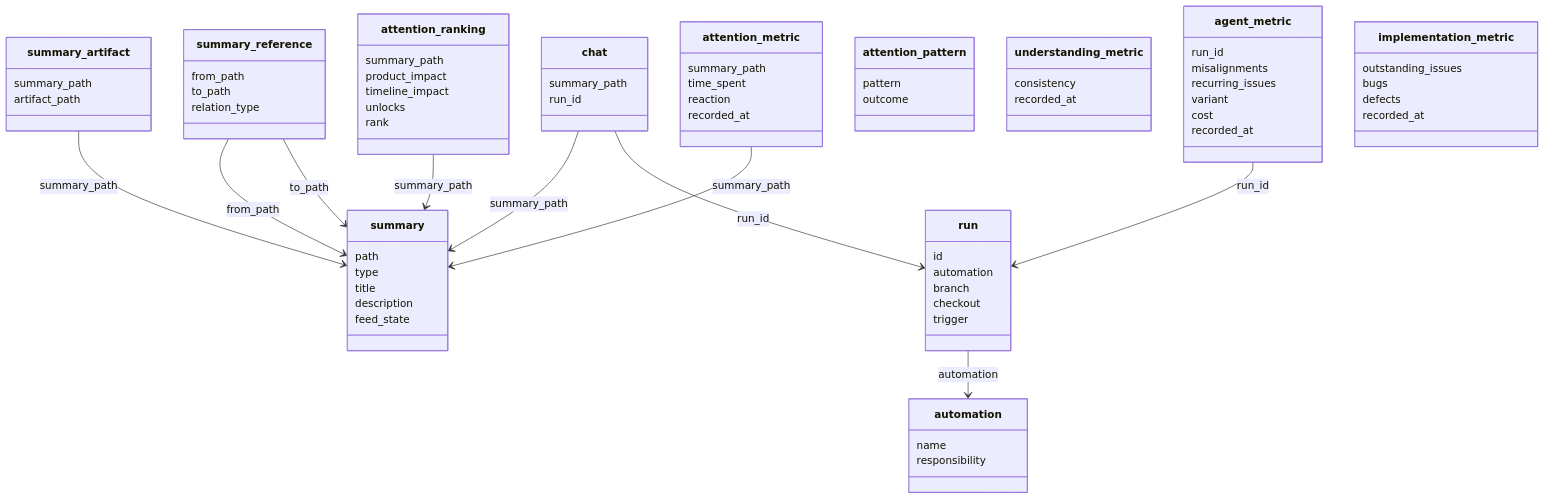
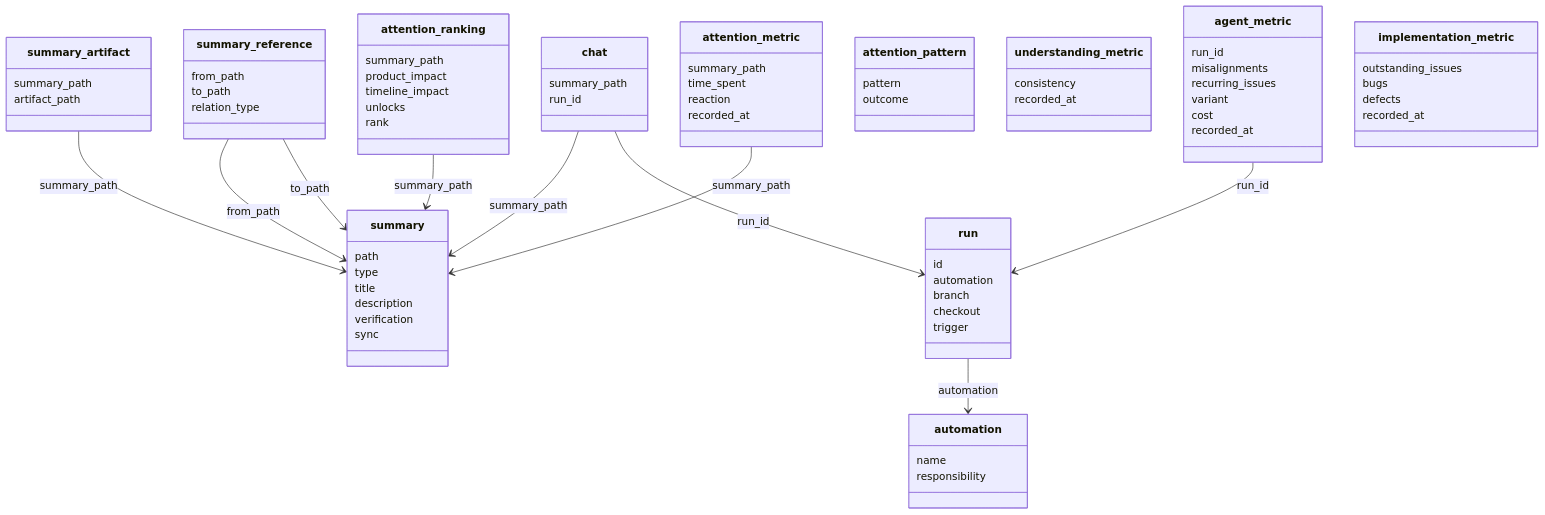
One commit to Aleksander1111/momentum changed the diagram in diagrams/11-database.md. Above: the diagram before and after it, drawn with Mermaid. The commit also changed 3 other files, not shown here.

First line of the commit message:
Split entity state into verification and sync; free-form cards; definitions and triggers as entities

````diff
--- a/diagrams/11-database.md
+++ b/diagrams/11-database.md
@@ -5,78 +5,79 @@
 ```mermaid
 classDiagram
   class summary {
     path
     type
     title
     description
-    feed_state
+    verification
+    sync
   }
   class summary_artifact {
     summary_path
     artifact_path
   }
   class summary_reference {
     from_path
     to_path
     relation_type
   }
   class chat {
     summary_path
     run_id
   }
   class automation {
     name
     responsibility
   }
   class run {
     id
     automation
     branch
     checkout
     trigger
   }
   class attention_ranking {
     summary_path
     product_impact
     timeline_impact
     unlocks
     rank
   }
   class attention_metric {
     summary_path
     time_spent
     reaction
     recorded_at
   }
   class attention_pattern {
     pattern
     outcome
   }
   class understanding_metric {
     consistency
     recorded_at
   }
   class agent_metric {
     run_id
     misalignments
     recurring_issues
     variant
     cost
     recorded_at
   }
   class implementation_metric {
     outstanding_issues
     bugs
     defects
     recorded_at
   }
   summary_artifact --> summary : summary_path
   summary_reference --> summary : from_path
   summary_reference --> summary : to_path
   chat --> summary : summary_path
   chat --> run : run_id
   run --> automation : automation
   attention_ranking --> summary : summary_path
   attention_metric --> summary : summary_path
   agent_metric --> run : run_id
 ```
````
